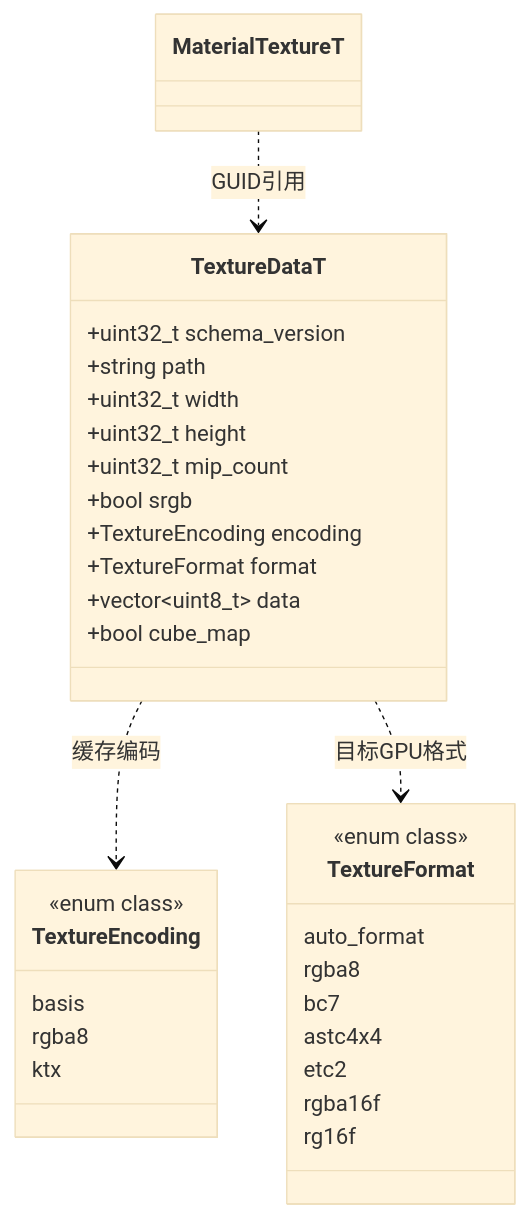
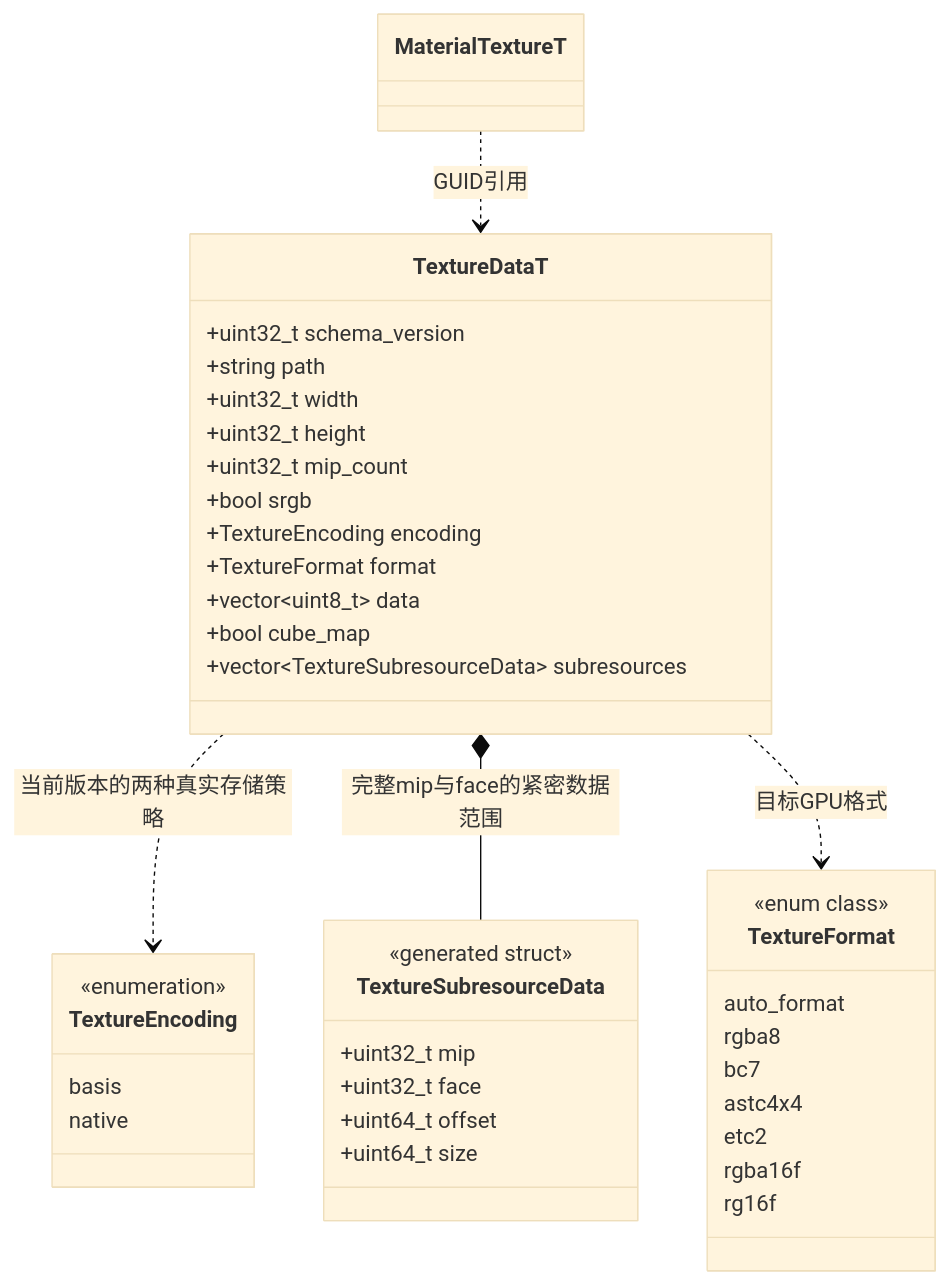
One commit to lcals/Engine changed the sixth of 7 diagrams in docs/runtime/class-diagrams/scene-data.md. Above: the diagram before and after it, drawn with Mermaid (base theme). The commit also changed other lines of this file and 119 other files, not shown here.

````diff
--- a/docs/runtime/class-diagrams/scene-data.md
+++ b/docs/runtime/class-diagrams/scene-data.md
@@ -219,35 +221,43 @@
 ```mermaid
 classDiagram
     class TextureDataT {
         +uint32_t schema_version
         +string path
         +uint32_t width
         +uint32_t height
         +uint32_t mip_count
         +bool srgb
         +TextureEncoding encoding
         +TextureFormat format
         +vector~uint8_t~ data
         +bool cube_map
+        +vector~TextureSubresourceData~ subresources
     }
     class MaterialTextureT
     class TextureEncoding {
-        <<enum class>>
+        <<enumeration>>
         basis
-        rgba8
-        ktx
+        native
+    }
+    class TextureSubresourceData {
+        <<generated struct>>
+        +uint32_t mip
+        +uint32_t face
+        +uint64_t offset
+        +uint64_t size
     }
     class TextureFormat {
         <<enum class>>
         auto_format
         rgba8
         bc7
         astc4x4
         etc2
         rgba16f
         rg16f
     }
     MaterialTextureT ..> TextureDataT : GUID引用
-    TextureDataT ..> TextureEncoding : 缓存编码
+    TextureDataT ..> TextureEncoding : 当前版本的两种真实存储策略
+    TextureDataT *-- TextureSubresourceData : 完整mip与face的紧密数据范围
     TextureDataT ..> TextureFormat : 目标GPU格式
 ```
````
